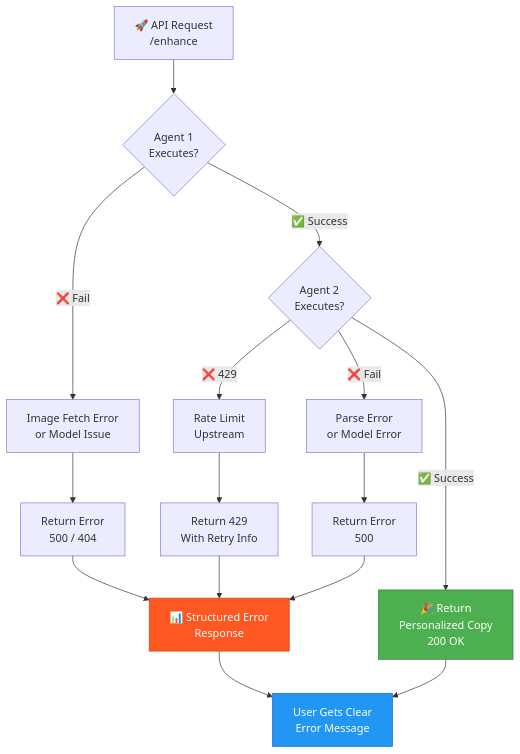
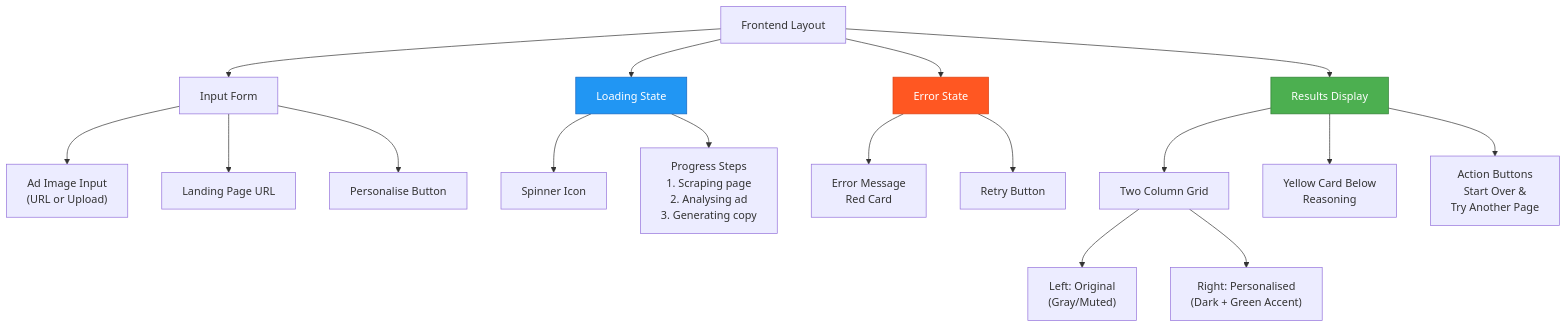
One commit to ApexYash11/Troopod-assigment changed the third of 5 diagrams in README.md. Above: the diagram before and after it, drawn with Mermaid. The commit also changed other lines of this file and 7 other files, not shown here.

First line of the commit message:
feat: Enhance ad analysis and landing page personalization

````diff
--- a/README.md
+++ b/README.md
@@ -403,27 +115,27 @@
 ```mermaid
 graph TD
-    A["🚀 API Request<br/>/enhance"] --> B{Agent 1<br/>Executes?}
+    A["Frontend Layout"] --> B["Input Form"]
+    A --> C["Loading State"]
+    A --> D["Error State"]
+    A --> E["Results Display"]
     
-    B -->|✅ Success| C{Agent 2<br/>Executes?}
-    B -->|❌ Fail| D["Image Fetch Error<br/>or Model Issue"]
+    B --> B1["Ad Image Input<br/>(URL or Upload)"]
+    B --> B2["Landing Page URL"]
+    B --> B3["Personalise Button"]
     
-    D --> E["Return Error<br/>500 / 404"]
+    C --> C1["Spinner Icon"]
+    C --> C2["Progress Steps<br/>1. Scraping page<br/>2. Analysing ad<br/>3. Generating copy"]
     
-    C -->|✅ Success| F["🎉 Return<br/>Personalized Copy<br/>200 OK"]
-    C -->|❌ 429| G["Rate Limit<br/>Upstream"]
-    C -->|❌ Fail| H["Parse Error<br/>or Model Error"]
+    D --> D1["Error Message<br/>Red Card"]
+    D --> D2["Retry Button"]
     
-    G --> I["Return 429<br/>With Retry Info"]
-    H --> J["Return Error<br/>500"]
+    E --> E1["Two Column Grid"]
+    E1 --> E1A["Left: Original<br/>(Gray/Muted)"]
+    E1 --> E1B["Right: Personalised<br/>(Dark + Green Accent)"]
+    E --> E2["Yellow Card Below<br/>Reasoning"]
+    E --> E3["Action Buttons<br/>Start Over &<br/>Try Another Page"]
     
-    E --> K["📊 Structured Error<br/>Response"]
-    I --> K
-    J --> K
-    
-    K --> L["User Gets Clear<br/>Error Message"]
-    F --> L
-    
-    style F fill:#4CAF50,stroke:#2E7D32,color:#fff
-    style K fill:#FF5722,stroke:#D84315,color:#fff
-    style L fill:#2196F3,stroke:#1565C0,color:#fff
+    style C fill:#2196F3,stroke:#1565C0,color:#fff
+    style D fill:#FF5722,stroke:#D84315,color:#fff
+    style E fill:#4CAF50,stroke:#2E7D32,color:#fff
 ```
````
